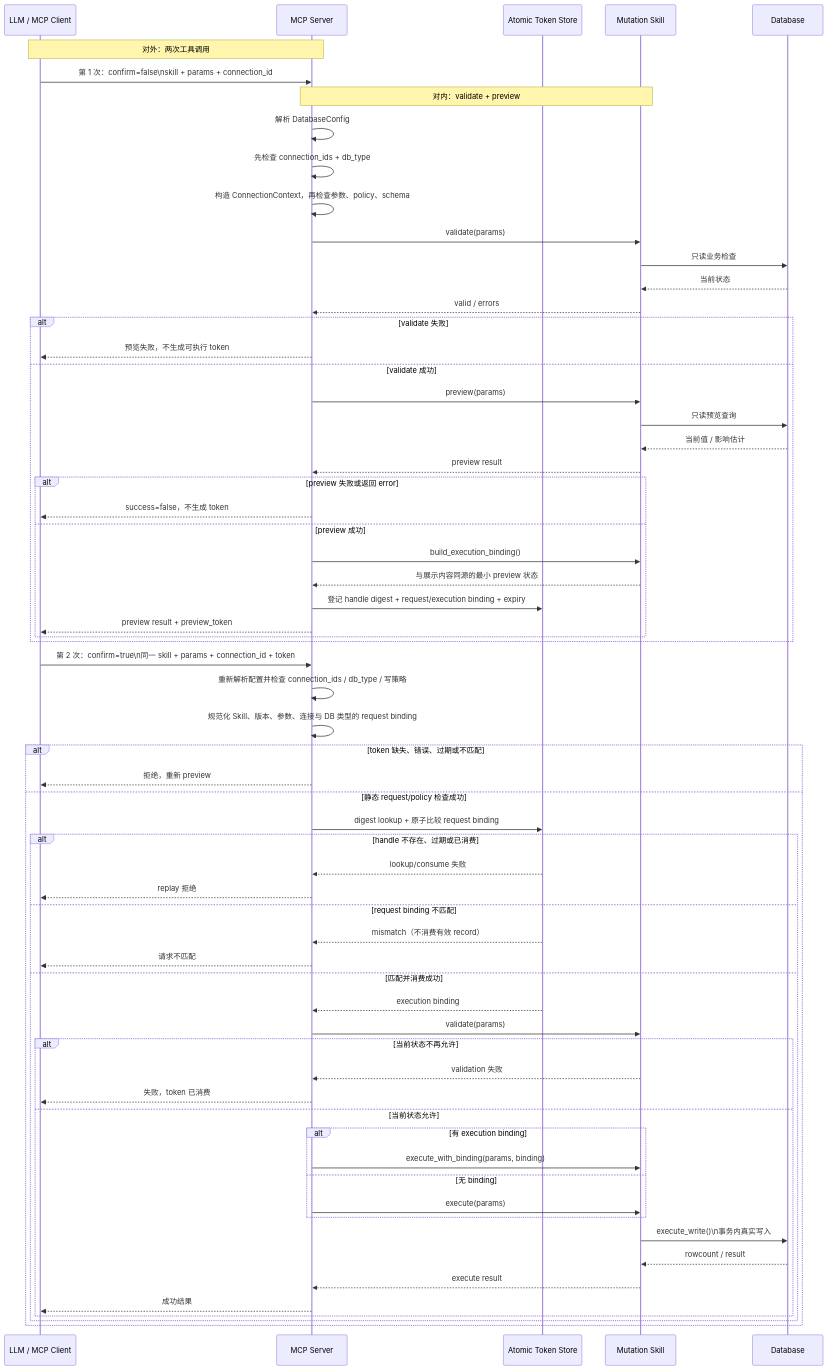
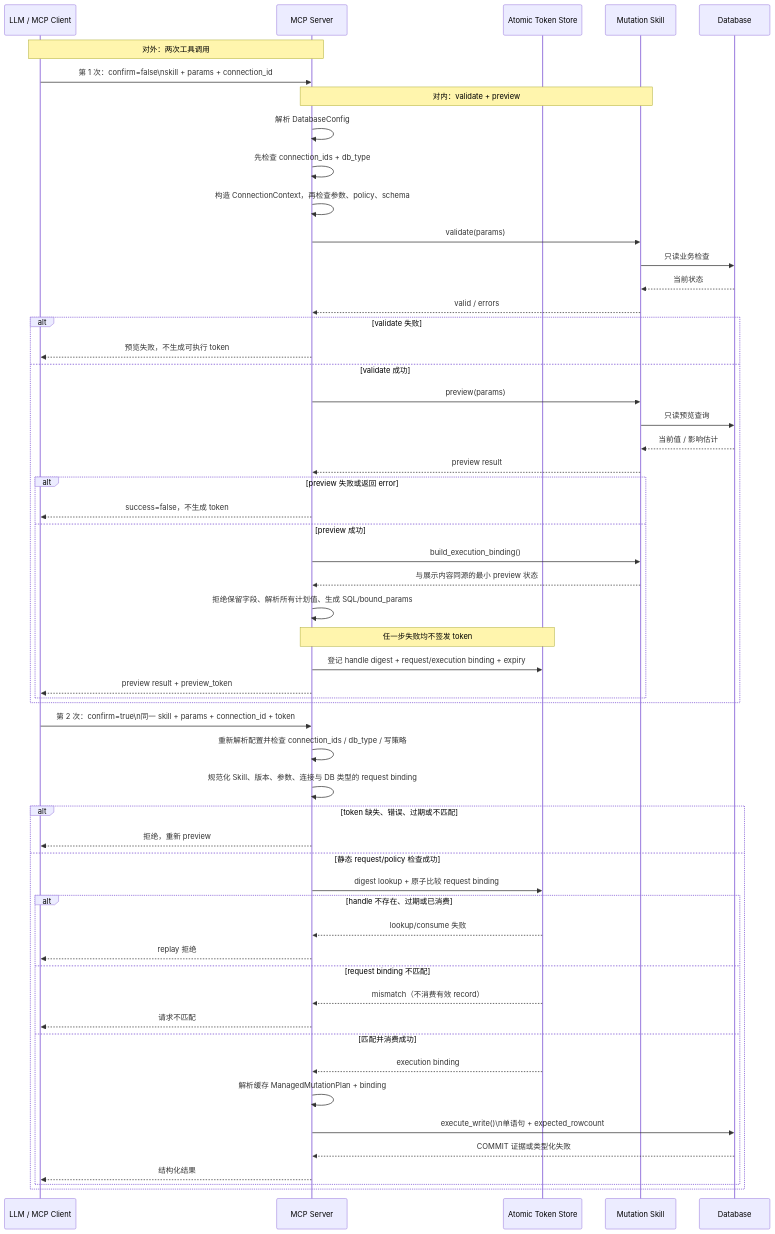
The fifth of 5 diagrams in RELEASE_NOTES/GUIDE/V3_5-V3_7_SKILLS_GUIDE_ZH.md (Firstmeridian/llm-sql-safety-executor-mcp), drawn with Mermaid before and after one commit. The commit also changed other lines of this file and 17 other files, not shown here.

````diff
--- a/RELEASE_NOTES/GUIDE/V3_5-V3_7_SKILLS_GUIDE_ZH.md
+++ b/RELEASE_NOTES/GUIDE/V3_5-V3_7_SKILLS_GUIDE_ZH.md
@@ -927,71 +981,62 @@
 ```mermaid
 sequenceDiagram
     participant Agent as LLM / MCP Client
     participant Server as MCP Server
     participant Store as Atomic Token Store
     participant Skill as Mutation Skill
     participant DB as Database
 
     Note over Agent,Server: 对外：两次工具调用
     Agent->>Server: 第 1 次：confirm=false\nskill + params + connection_id
 
     Note over Server,Skill: 对内：validate + preview
     Server->>Server: 解析 DatabaseConfig
     Server->>Server: 先检查 connection_ids + db_type
     Server->>Server: 构造 ConnectionContext，再检查参数、policy、schema
     Server->>Skill: validate(params)
     Skill->>DB: 只读业务检查
     DB-->>Skill: 当前状态
     Skill-->>Server: valid / errors
 
     alt validate 失败
         Server-->>Agent: 预览失败，不生成可执行 token
     else validate 成功
         Server->>Skill: preview(params)
         Skill->>DB: 只读预览查询
         DB-->>Skill: 当前值 / 影响估计
         Skill-->>Server: preview result
         alt preview 失败或返回 error
             Server-->>Agent: success=false，不生成 token
         else preview 成功
             Server->>Skill: build_execution_binding()
             Skill-->>Server: 与展示内容同源的最小 preview 状态
+            Server->>Server: 拒绝保留字段、解析所有计划值、生成 SQL/bound_params
+            Note over Server,Store: 任一步失败均不签发 token
             Server->>Store: 登记 handle digest + request/execution binding + expiry
             Server-->>Agent: preview result + preview_token
         end
     end
 
     Agent->>Server: 第 2 次：confirm=true\n同一 skill + params + connection_id + token
     Server->>Server: 重新解析配置并检查 connection_ids / db_type / 写策略
     Server->>Server: 规范化 Skill、版本、参数、连接与 DB 类型的 request binding
 
     alt token 缺失、错误、过期或不匹配
         Server-->>Agent: 拒绝，重新 preview
     else 静态 request/policy 检查成功
         Server->>Store: digest lookup + 原子比较 request binding
         alt handle 不存在、过期或已消费
             Store-->>Server: lookup/consume 失败
             Server-->>Agent: replay 拒绝
         else request binding 不匹配
             Store-->>Server: mismatch（不消费有效 record）
             Server-->>Agent: 请求不匹配
         else 匹配并消费成功
             Store-->>Server: execution binding
-            Server->>Skill: validate(params)
-            alt 当前状态不再允许
-                Skill-->>Server: validation 失败
-                Server-->>Agent: 失败，token 已消费
-            else 当前状态允许
-                alt 有 execution binding
-                    Server->>Skill: execute_with_binding(params, binding)
-                else 无 binding
-                    Server->>Skill: execute(params)
-                end
-                Skill->>DB: execute_write()\n事务内真实写入
-                DB-->>Skill: rowcount / result
-                Skill-->>Server: execute result
-                Server-->>Agent: 成功结果
-            end
+            Server->>Server: 解析缓存 ManagedMutationPlan + binding
+            Server->>DB: execute_write()\n单语句 + expected_rowcount
+            DB-->>Server: COMMIT 证据或类型化失败
+            Server-->>Agent: 结构化结果
         end
     end
 ```
````
